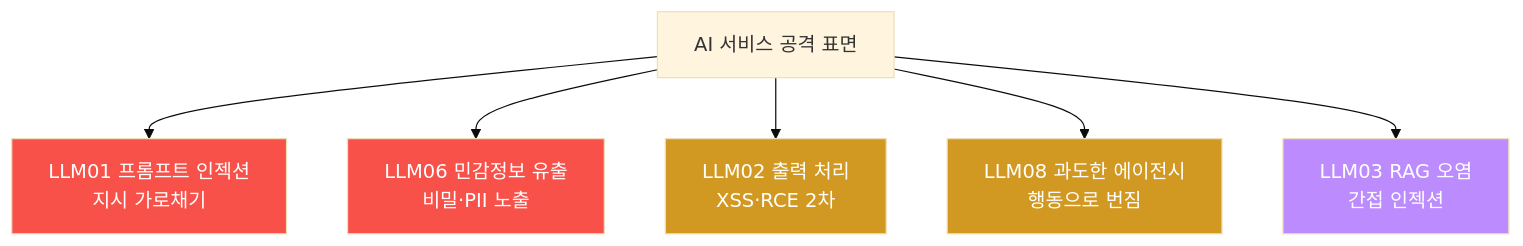
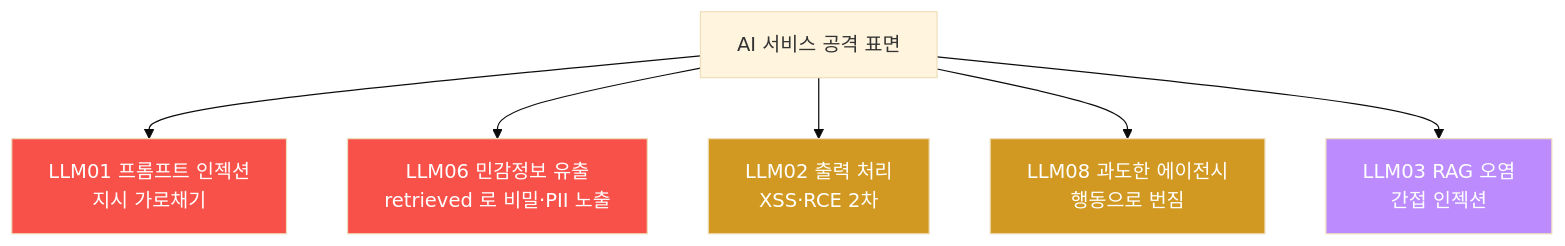
The second of 2 diagrams in contents/training/ai-service-pentest/lecture_week01.md (mrgrit/tw2), drawn with Mermaid (base theme) before and after one commit. The commit also changed other lines of this file, not shown here.

````diff
--- a/contents/training/ai-service-pentest/lecture_week01.md
+++ b/contents/training/ai-service-pentest/lecture_week01.md
@@ -193,13 +207,13 @@
 ```mermaid
 graph TD
     A["AI 서비스 공격 표면"] --> B["LLM01 프롬프트 인젝션<br/>지시 가로채기"]
-    A --> C["LLM06 민감정보 유출<br/>비밀·PII 노출"]
+    A --> C["LLM06 민감정보 유출<br/>retrieved 로 비밀·PII 노출"]
     A --> D["LLM02 출력 처리<br/>XSS·RCE 2차"]
     A --> E["LLM08 과도한 에이전시<br/>행동으로 번짐"]
     A --> F["LLM03 RAG 오염<br/>간접 인젝션"]
     style B fill:#f85149,color:#fff
     style C fill:#f85149,color:#fff
     style D fill:#d29922,color:#fff
     style E fill:#d29922,color:#fff
     style F fill:#bc8cff,color:#fff
 ```
````
